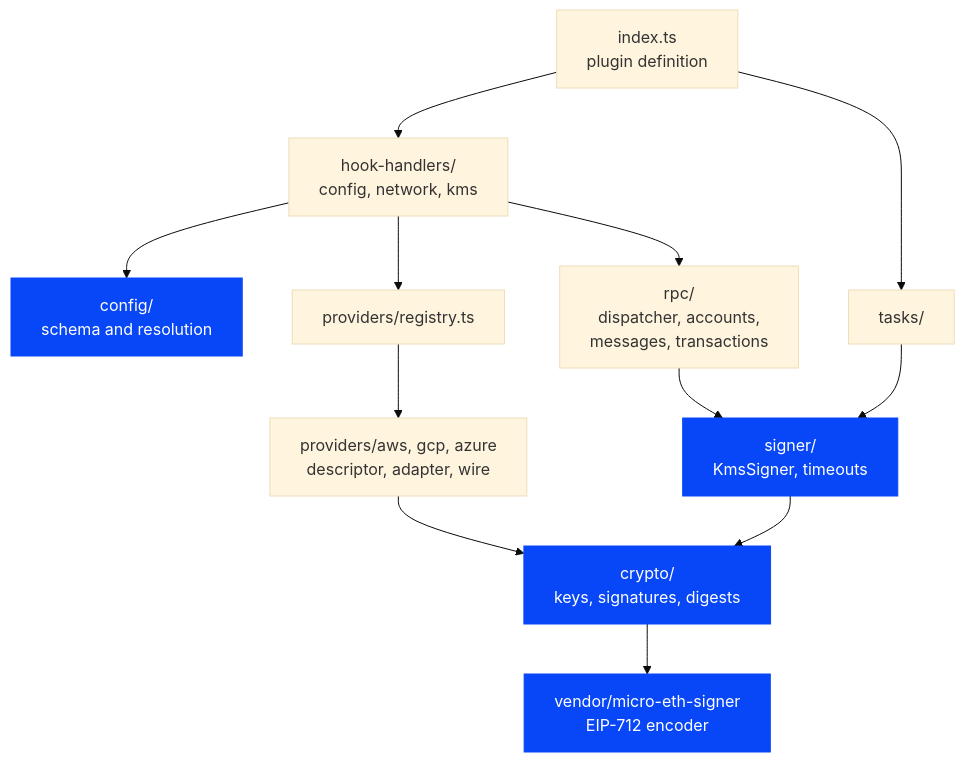
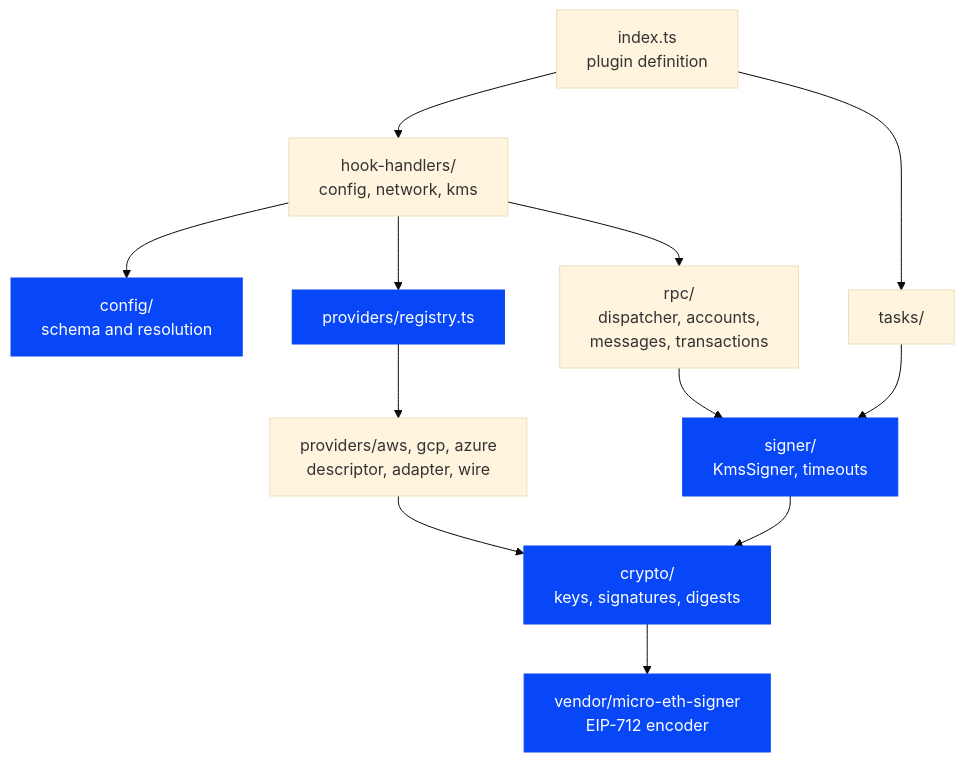
Before and after one commit to aelmanaa/hardhat-kms: the first of 3 diagrams in docs/contributor/architecture.md, drawn with Mermaid (base theme). The commit also changed other lines of this file and 7 other files, not shown here.

````diff
--- a/docs/contributor/architecture.md
+++ b/docs/contributor/architecture.md
@@ -11,16 +11,16 @@
 ```mermaid
 flowchart TD
   index["index.ts<br/>plugin definition"] --> hooks["hook-handlers/<br/>config, network, kms"]
   index --> tasks["tasks/"]
   hooks --> config["config/<br/>schema and resolution"]
   hooks --> registry["providers/registry.ts"]
   hooks --> rpc["rpc/<br/>dispatcher, accounts,<br/>messages, transactions"]
   rpc --> signer["signer/<br/>KmsSigner, timeouts"]
   tasks --> signer
   registry --> adapters["providers/aws, gcp, azure<br/>descriptor, adapter, wire"]
   signer --> crypto["crypto/<br/>keys, signatures, digests"]
   adapters --> crypto
   crypto --> vendor["vendor/micro-eth-signer<br/>EIP-712 encoder"]
   classDef done fill:#0847F7,color:#fff,stroke:#0847F7
-  class crypto,signer,vendor,config done
+  class crypto,signer,vendor,config,registry done
 ```
````
